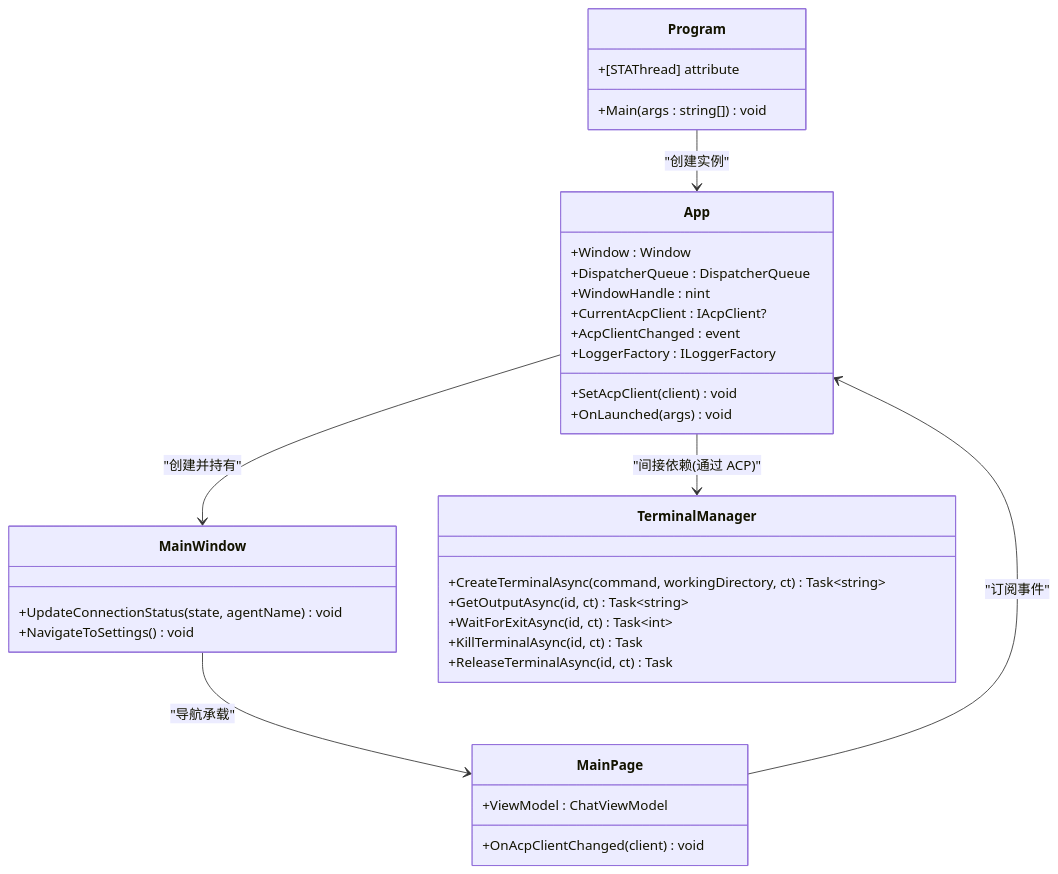
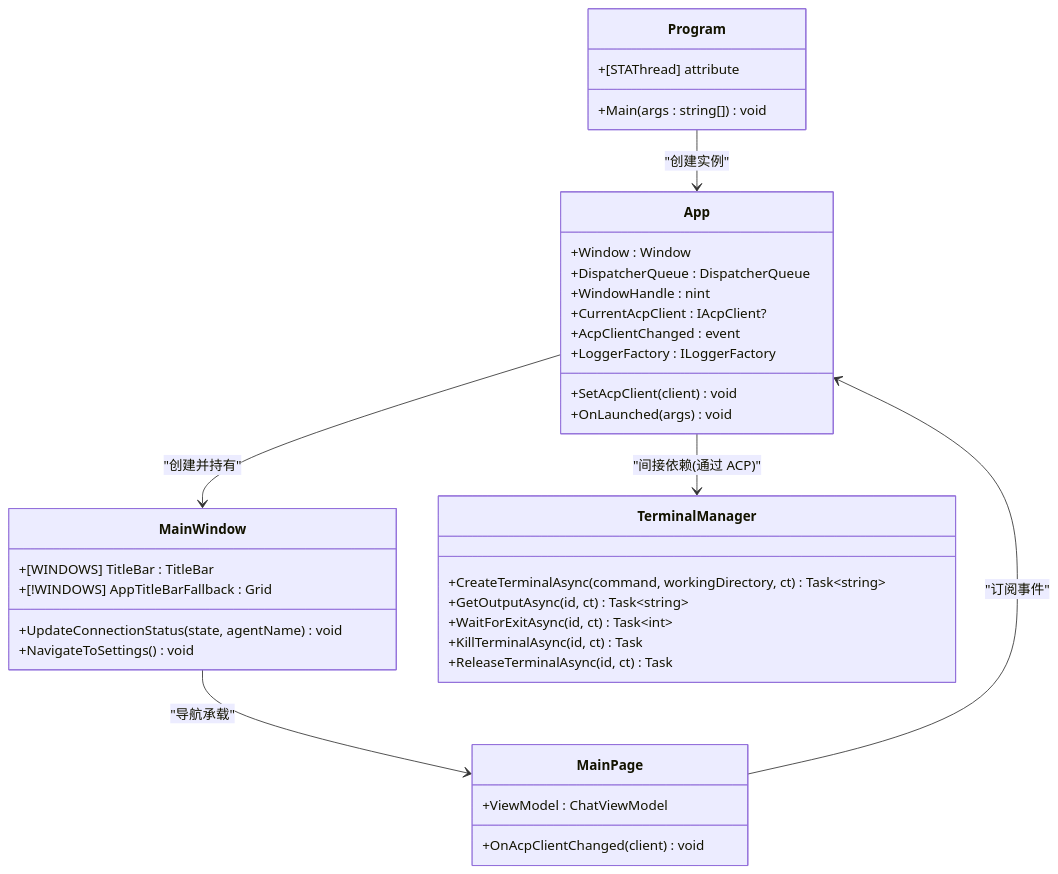
Before and after one commit to AgenticDesktop/App: the third of 3 diagrams in .qoder/repowiki/zh/content/开发指南/项目结构/应用程序入口.md, drawn with Mermaid. The commit also changed other lines of this file and 69 other files, not shown here.

````diff
--- a/.qoder/repowiki/zh/content/开发指南/项目结构/应用程序入口.md
+++ b/.qoder/repowiki/zh/content/开发指南/项目结构/应用程序入口.md
@@ -236,37 +252,39 @@
 ```mermaid
 classDiagram
 class Program {
 +Main(args : string[]) void
 +[STAThread] attribute
 }
 class App {
 +Window : Window
 +DispatcherQueue : DispatcherQueue
 +WindowHandle : nint
 +CurrentAcpClient : IAcpClient?
 +AcpClientChanged : event
 +LoggerFactory : ILoggerFactory
 +SetAcpClient(client) void
 +OnLaunched(args) void
 }
 class MainWindow {
 +UpdateConnectionStatus(state, agentName) void
 +NavigateToSettings() void
++[WINDOWS] TitleBar : TitleBar
++[!WINDOWS] AppTitleBarFallback : Grid
 }
 class MainPage {
 +ViewModel : ChatViewModel
 +OnAcpClientChanged(client) void
 }
 class TerminalManager {
 +CreateTerminalAsync(command, workingDirectory, ct) Task~string~
 +GetOutputAsync(id, ct) Task~string~
 +WaitForExitAsync(id, ct) Task~int~
 +KillTerminalAsync(id, ct) Task
 +ReleaseTerminalAsync(id, ct) Task
 }
 Program --> App : "创建实例"
 App --> MainWindow : "创建并持有"
 MainWindow --> MainPage : "导航承载"
 MainPage --> App : "订阅事件"
 App --> TerminalManager : "间接依赖(通过 ACP)"
 ```
````
